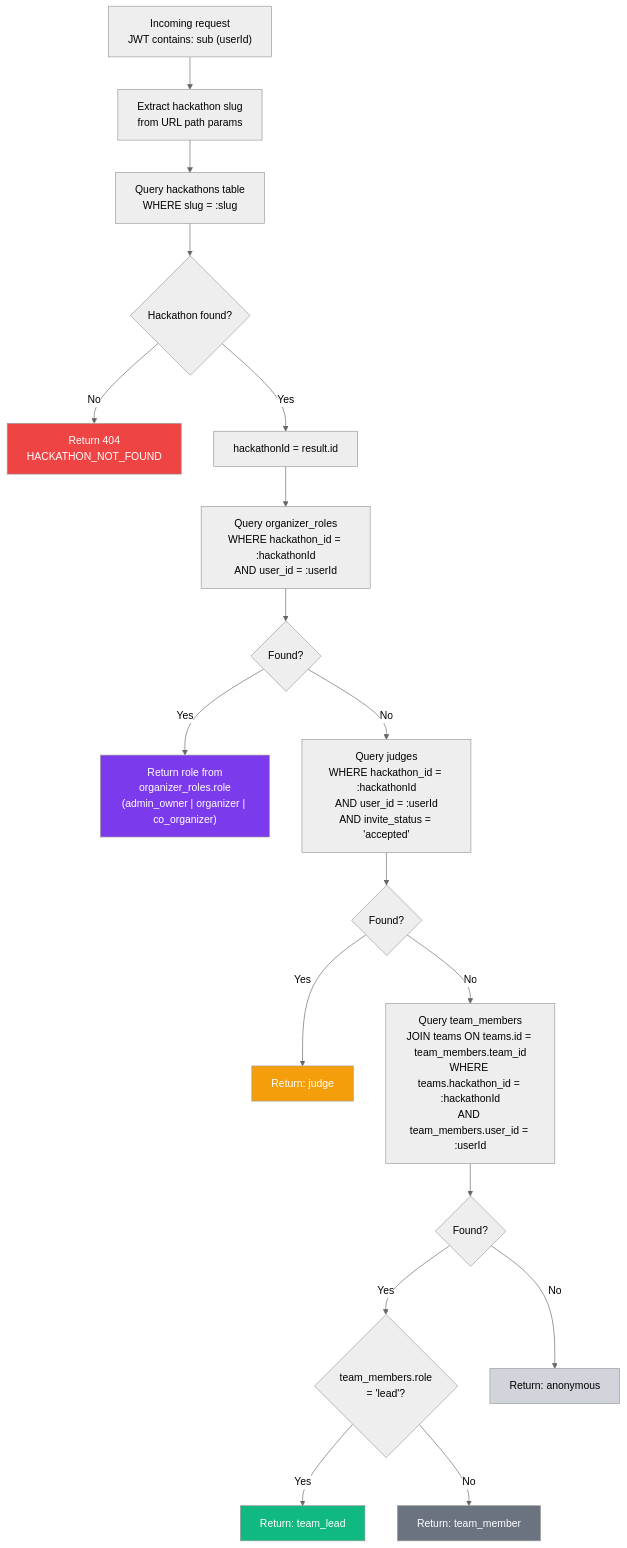
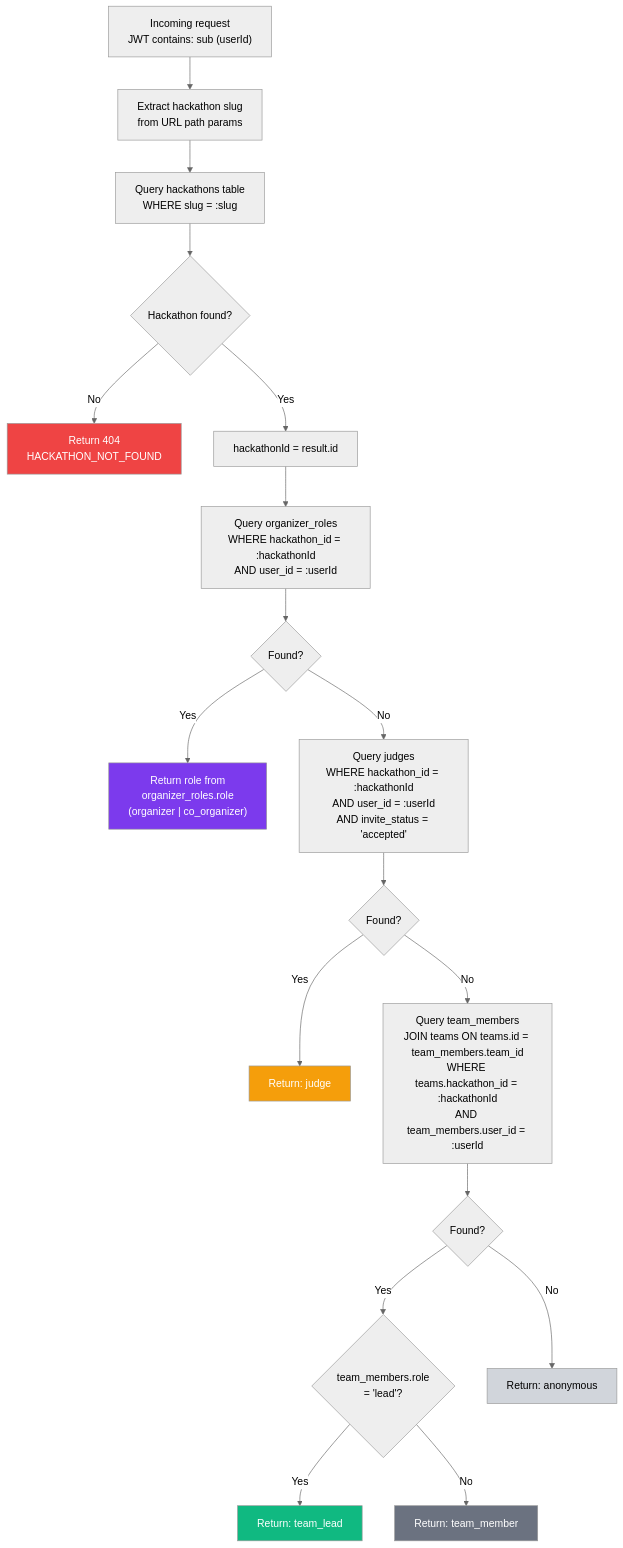
One commit to devangshupandey2025-stack/DevSage changed the second of 8 diagrams in docs/v3/planned/roles-permissions.md. Above: the diagram before and after it, drawn with Mermaid (neutral theme). The commit also changed other lines of this file and 2 other files, not shown here.

First line of the commit message:
docs(competition): verify and fix submissions, judging, and roles docs

````diff
--- a/docs/v3/planned/roles-permissions.md
+++ b/docs/v3/planned/roles-permissions.md
@@ -133,31 +133,31 @@
 ```mermaid
 flowchart TD
     A["Incoming request<br/>JWT contains: sub (userId)"] --> B["Extract hackathon slug<br/>from URL path params"]
     B --> C["Query hackathons table<br/>WHERE slug = :slug"]
     C --> D{"Hackathon found?"}
     D -->|No| E["Return 404<br/>HACKATHON_NOT_FOUND"]
     D -->|Yes| F["hackathonId = result.id"]
 
     F --> G["Query organizer_roles<br/>WHERE hackathon_id = :hackathonId<br/>AND user_id = :userId"]
     G --> H{"Found?"}
-    H -->|Yes| I["Return role from<br/>organizer_roles.role<br/>(admin_owner | organizer | co_organizer)"]
+    H -->|Yes| I["Return role from<br/>organizer_roles.role<br/>(organizer | co_organizer)"]
 
     H -->|No| J["Query judges<br/>WHERE hackathon_id = :hackathonId<br/>AND user_id = :userId<br/>AND invite_status = 'accepted'"]
     J --> K{"Found?"}
     K -->|Yes| L["Return: judge"]
 
     K -->|No| M["Query team_members<br/>JOIN teams ON teams.id = team_members.team_id<br/>WHERE teams.hackathon_id = :hackathonId<br/>AND team_members.user_id = :userId"]
     M --> N{"Found?"}
     N -->|Yes| O{"team_members.role<br/>= 'lead'?"}
     O -->|Yes| P["Return: team_lead"]
     O -->|No| Q["Return: team_member"]
 
     N -->|No| U["Return: anonymous"]
 
     style E fill:#ef4444,color:#fff
     style I fill:#7c3aed,color:#fff
     style L fill:#f59e0b,color:#fff
     style P fill:#10b981,color:#fff
     style Q fill:#6b7280,color:#fff
     style U fill:#d1d5db,color:#000
 ```
````
